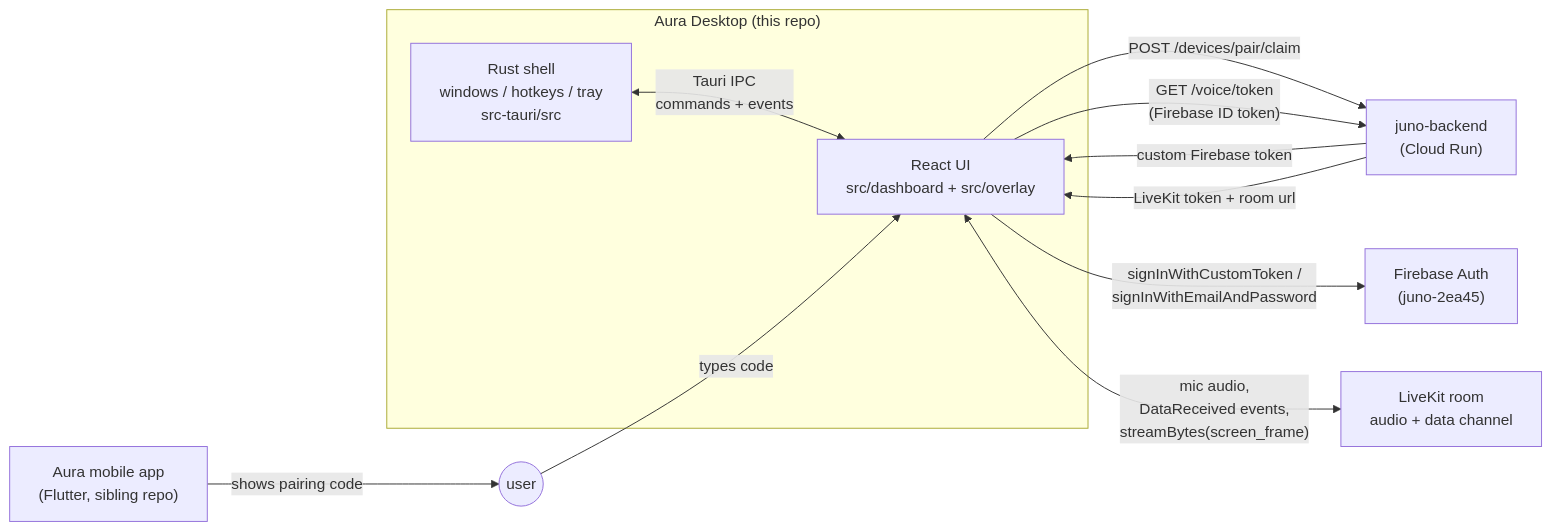
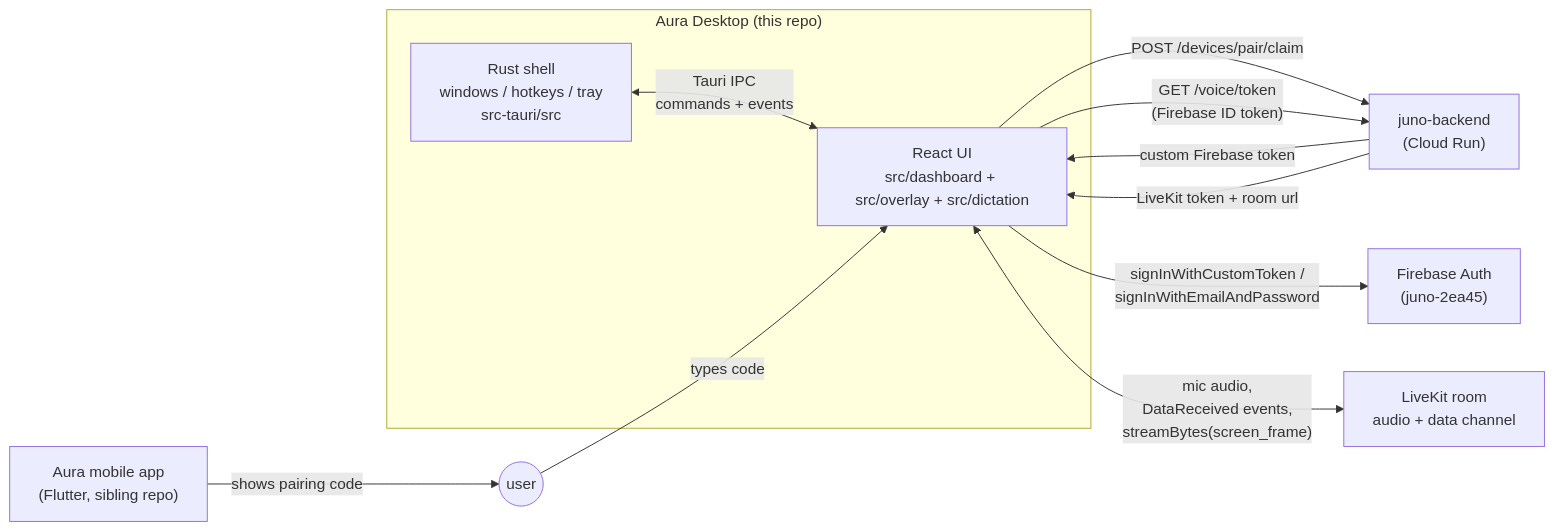
One commit to AuraVoice/Aura-Desktop changed the first of 6 diagrams in README.md. Above: the diagram before and after it, drawn with Mermaid. The commit also changed other lines of this file and 2 other files, not shown here.

````diff
--- a/README.md
+++ b/README.md
@@ -7,22 +7,22 @@
 ```mermaid
 flowchart LR
     subgraph Desktop["Aura Desktop (this repo)"]
         Rust["Rust shell\nwindows / hotkeys / tray\nsrc-tauri/src"]
-        React["React UI\nsrc/dashboard + src/overlay"]
+        React["React UI\nsrc/dashboard + src/overlay + src/dictation"]
         Rust <-->|"Tauri IPC\ncommands + events"| React
     end
 
     Mobile["Aura mobile app\n(Flutter, sibling repo)"]
     Backend["juno-backend\n(Cloud Run)"]
     FirebaseAuth["Firebase Auth\n(juno-2ea45)"]
     LiveKit["LiveKit room\naudio + data channel"]
 
     Mobile -- "shows pairing code" --> User(("user"))
     User -- "types code" --> React
     React -- "POST /devices/pair/claim" --> Backend
     Backend -- "custom Firebase token" --> React
     React -- "signInWithCustomToken /\nsignInWithEmailAndPassword" --> FirebaseAuth
     React -- "GET /voice/token\n(Firebase ID token)" --> Backend
     Backend -- "LiveKit token + room url" --> React
     React <-->|"mic audio,\nDataReceived events,\nstreamBytes(screen_frame)"| LiveKit
 ```
````
